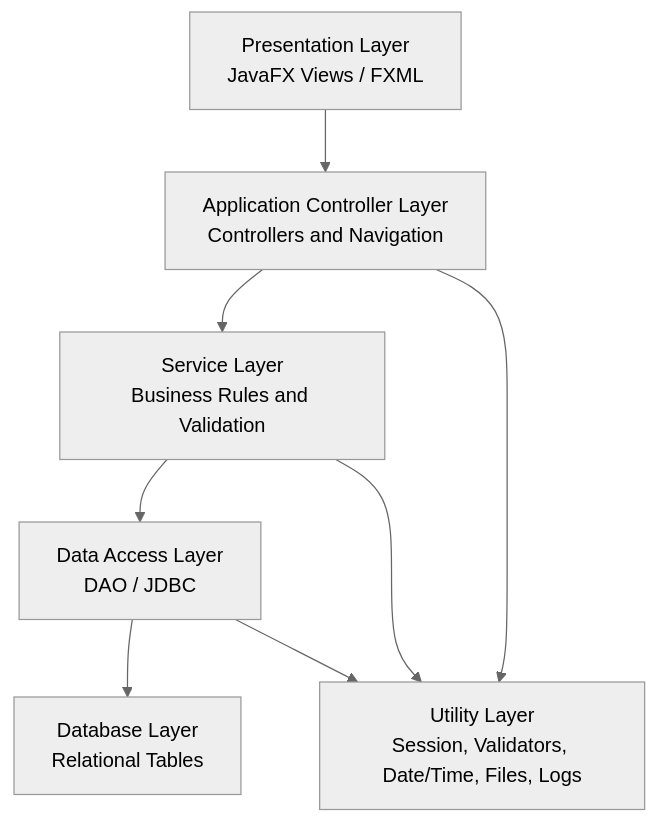
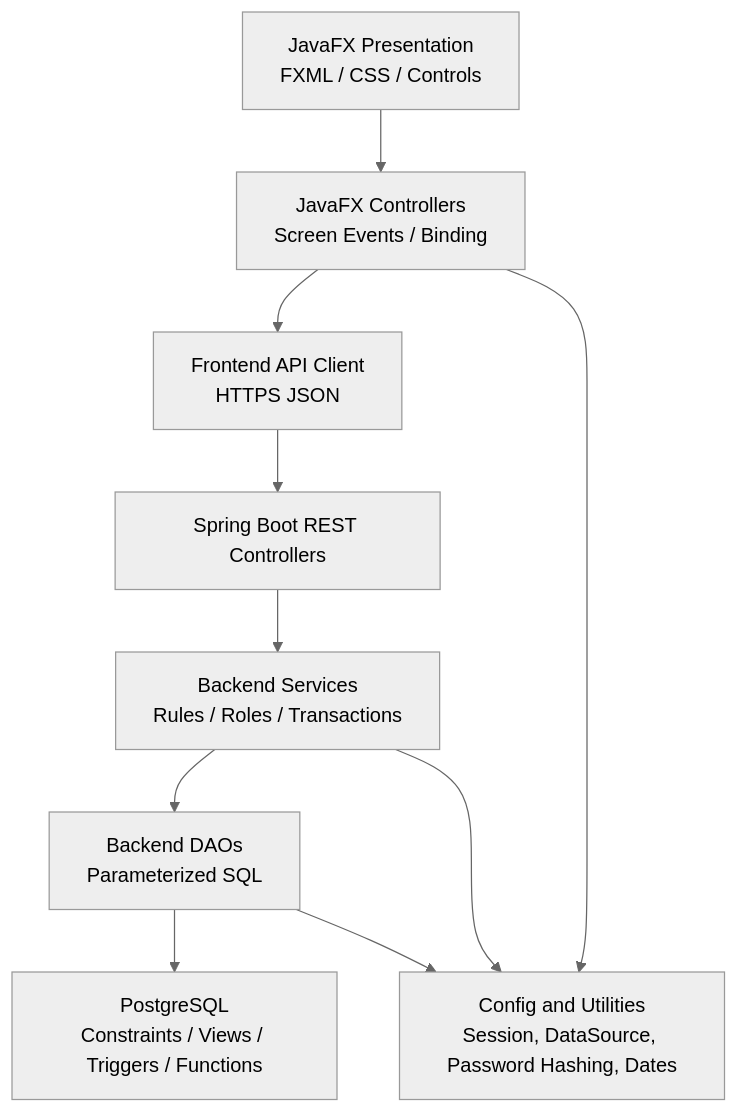
One commit to isnotfred/javafx-byod-client changed the diagram in docs/architecture/diagrams/mermaid/application-layer-architecture.mmd. Above: the diagram before and after it, drawn with Mermaid (neutral theme). The commit also changed other lines of this file and 55 other files, not shown here.

Commit message:
Update system analysis and architecture documentation

```diff
--- a/docs/architecture/diagrams/mermaid/application-layer-architecture.mmd
+++ b/docs/architecture/diagrams/mermaid/application-layer-architecture.mmd
@@ -1,15 +1,19 @@
 flowchart TB
-    Presentation["Presentation Layer\nJavaFX Views / FXML"]
-    Controllers["Application Controller Layer\nControllers and Navigation"]
-    Services["Service Layer\nBusiness Rules and Validation"]
-    DataAccess["Data Access Layer\nDAO / JDBC"]
-    Database["Database Layer\nRelational Tables"]
-    Utilities["Utility Layer\nSession, Validators, Date/Time, Files, Logs"]
+    Presentation["JavaFX Presentation\nFXML / CSS / Controls"]
+    FxControllers["JavaFX Controllers\nScreen Events / Binding"]
+    ApiClient["Frontend API Client\nHTTPS JSON"]
+    RestControllers["Spring Boot REST Controllers"]
+    Services["Backend Services\nRules / Roles / Transactions"]
+    DAOs["Backend DAOs\nParameterized SQL"]
+    Database["PostgreSQL\nConstraints / Views / Triggers / Functions"]
+    Config["Config and Utilities\nSession, DataSource, Password Hashing, Dates"]
 
-    Presentation --> Controllers
-    Controllers --> Services
-    Services --> DataAccess
-    DataAccess --> Database
-    Controllers --> Utilities
-    Services --> Utilities
-    DataAccess --> Utilities
+    Presentation --> FxControllers
+    FxControllers --> ApiClient
+    ApiClient --> RestControllers
+    RestControllers --> Services
+    Services --> DAOs
+    DAOs --> Database
+    FxControllers --> Config
+    Services --> Config
+    DAOs --> Config
```
